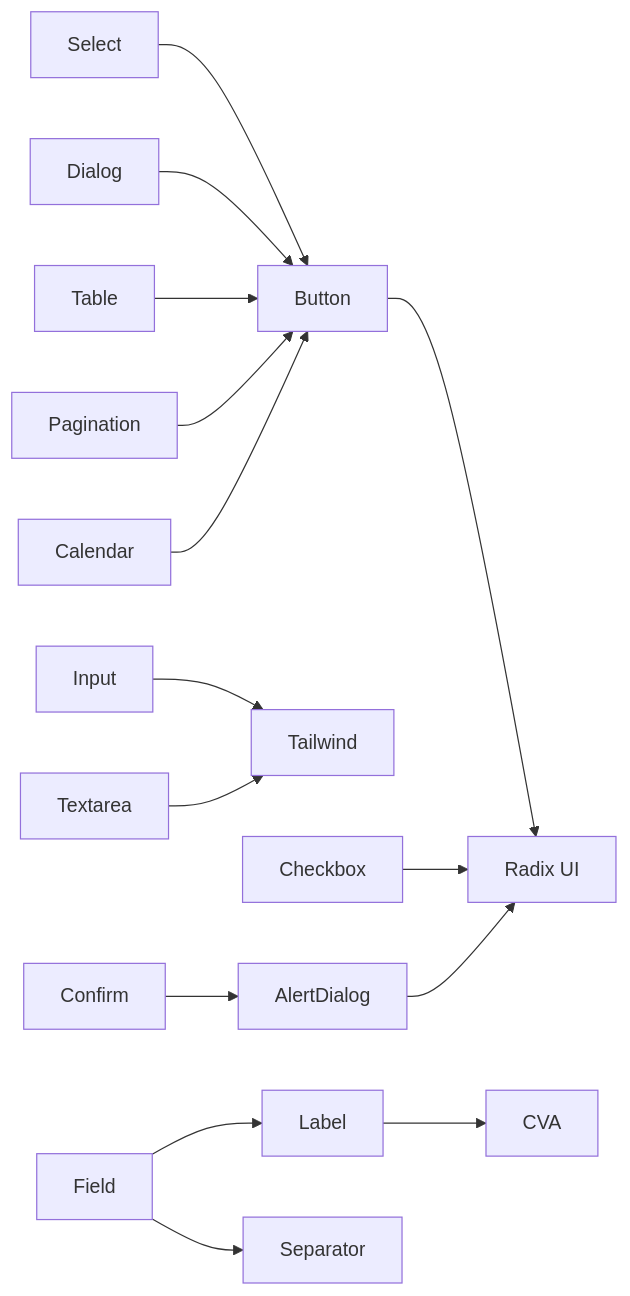
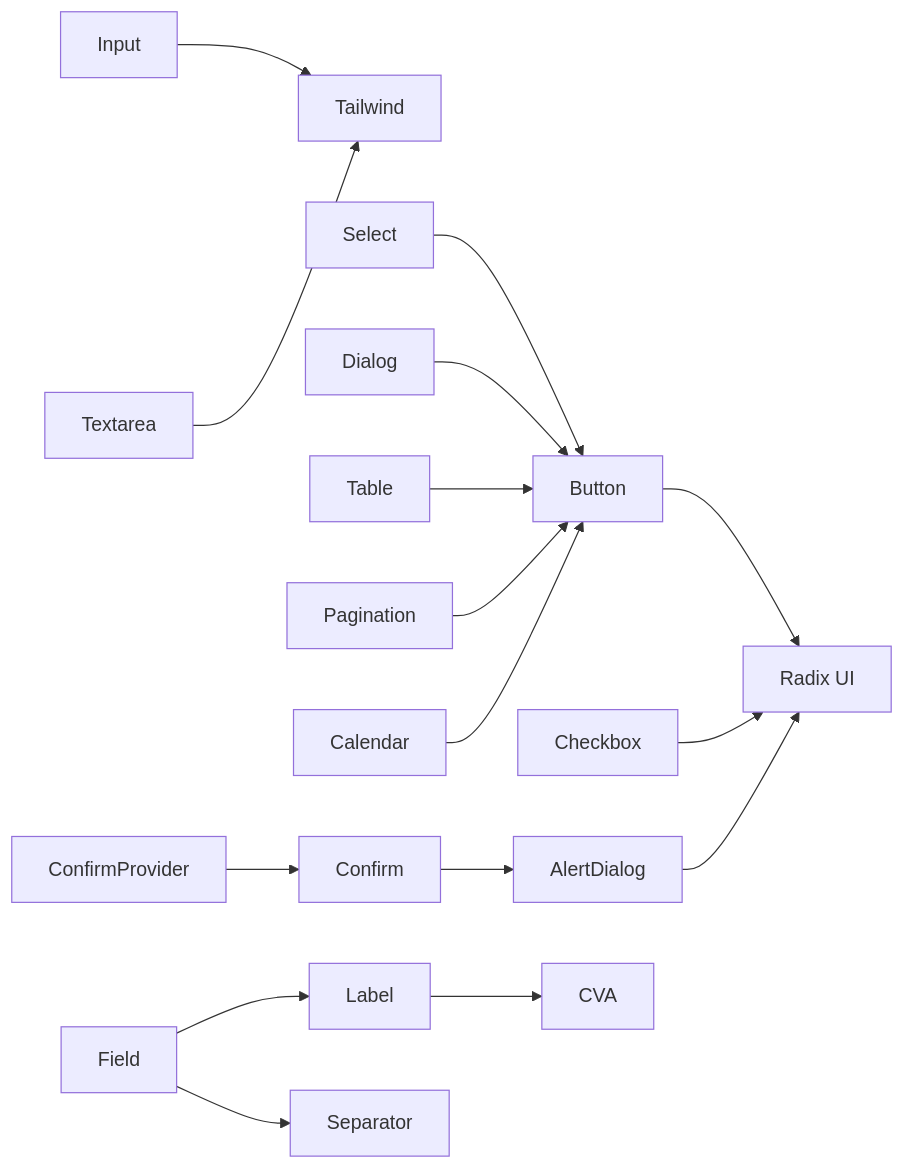
One commit to RadiumAg/AIGate changed the third of 3 diagrams in .qoder/repowiki/zh/content/前端组件/UI 组件库.md. Above: the diagram before and after it, drawn with Mermaid. The commit also changed other lines of this file and 6 other files, not shown here.

````diff
--- a/.qoder/repowiki/zh/content/前端组件/UI 组件库.md
+++ b/.qoder/repowiki/zh/content/前端组件/UI 组件库.md
@@ -522,17 +550,18 @@
 ```mermaid
 graph LR
 BTN["Button"] --> RAD["Radix UI"]
 INP["Input"] --> TWD["Tailwind"]
 TXT["Textarea"] --> TWD
 CHK["Checkbox"] --> RAD
 SEL["Select"] --> BTN
 DLG["Dialog"] --> BTN
 ALERT["AlertDialog"] --> RAD
 CONFIRM["Confirm"] --> ALERT
+PROVIDER["ConfirmProvider"] --> CONFIRM
 TBL["Table"] --> BTN
 PAG["Pagination"] --> BTN
 CAL["Calendar"] --> BTN
 LAB["Label"] --> CVA["CVA"]
 FLD["Field"] --> LAB
 FLD --> SEP["Separator"]
 ```
````
